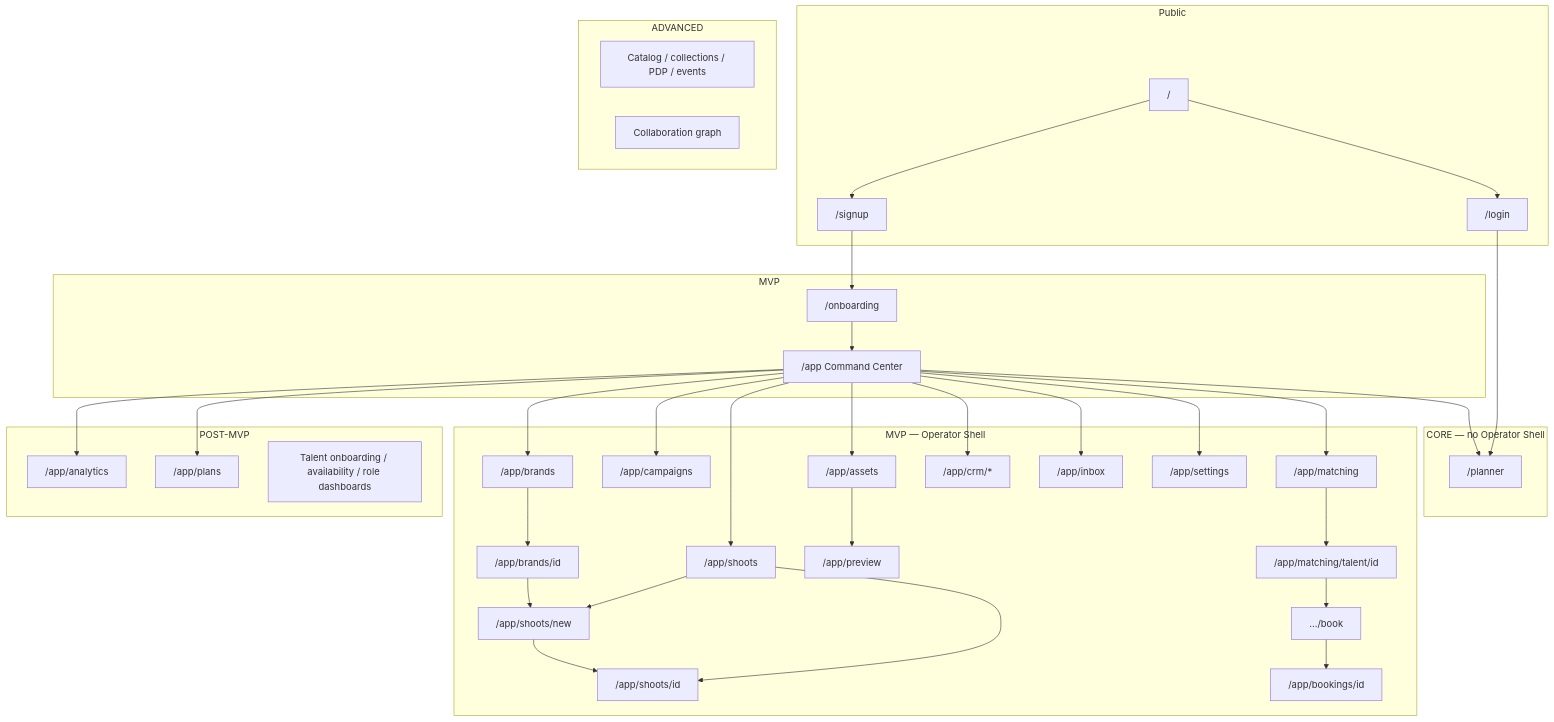
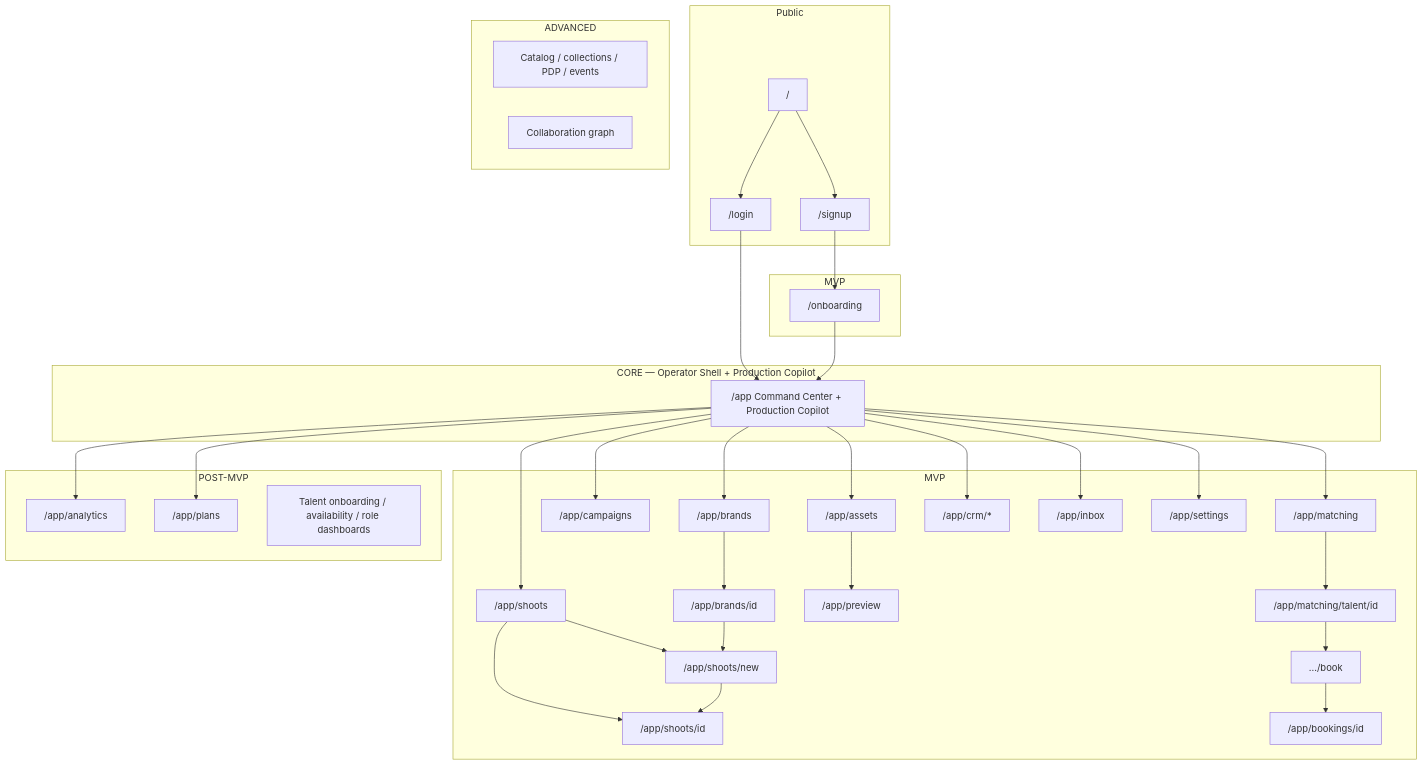
One commit to amoai-tech/ipixai changed the diagram in docs/sitemap.md. Above: the diagram before and after it, drawn with Mermaid. The commit also changed other lines of this file, not shown here.

Commit message:
docs: make /app the single production copilot surface

````diff
--- a/docs/sitemap.md
+++ b/docs/sitemap.md
@@ -113,64 +114,62 @@
 ```mermaid
 flowchart TD
   subgraph public [Public]
     Home["/"]
     Login["/login"]
     Signup["/signup"]
     Home --> Login
     Home --> Signup
   end
 
-  subgraph core [CORE — no Operator Shell]
-    AIPlanner["/planner"]
-    Login --> AIPlanner
+  subgraph core [CORE — Operator Shell + Production Copilot]
+    CC["/app Command Center + Production Copilot"]
+    Login --> CC
   end
 
   subgraph mvpOnb [MVP]
     Onboard["/onboarding"]
     Signup --> Onboard
     Onboard --> CC
   end
 
-  subgraph mvp [MVP — Operator Shell]
-    CC["/app Command Center"]
+  subgraph mvp [MVP]
     Brand["/app/brands"]
     BrandD["/app/brands/id"]
     Shoots["/app/shoots"]
     ShootN["/app/shoots/new"]
     ShootD["/app/shoots/id"]
     Camp["/app/campaigns"]
     Assets["/app/assets"]
     Prev["/app/preview"]
     Match["/app/matching"]
     Talent["/app/matching/talent/id"]
     BookW[".../book"]
     BookD["/app/bookings/id"]
     CRM["/app/crm/*"]
     Inbox["/app/inbox"]
     Settings["/app/settings"]
     CC --> Brand --> BrandD
     CC --> Shoots --> ShootD
     Shoots --> ShootN --> ShootD
     BrandD --> ShootN
     CC --> Camp
     CC --> Assets --> Prev
     CC --> Match --> Talent --> BookW --> BookD
     CC --> CRM
     CC --> Inbox
     CC --> Settings
-    CC --> AIPlanner
   end
 
   subgraph post [POST-MVP]
     Analytics["/app/analytics"]
     Plans["/app/plans"]
     TOnb["Talent onboarding / availability / role dashboards"]
     CC --> Analytics
     CC --> Plans
   end
 
   subgraph adv [ADVANCED]
     Cat["Catalog / collections / PDP / events"]
     Collab["Collaboration graph"]
   end
 ```
````
